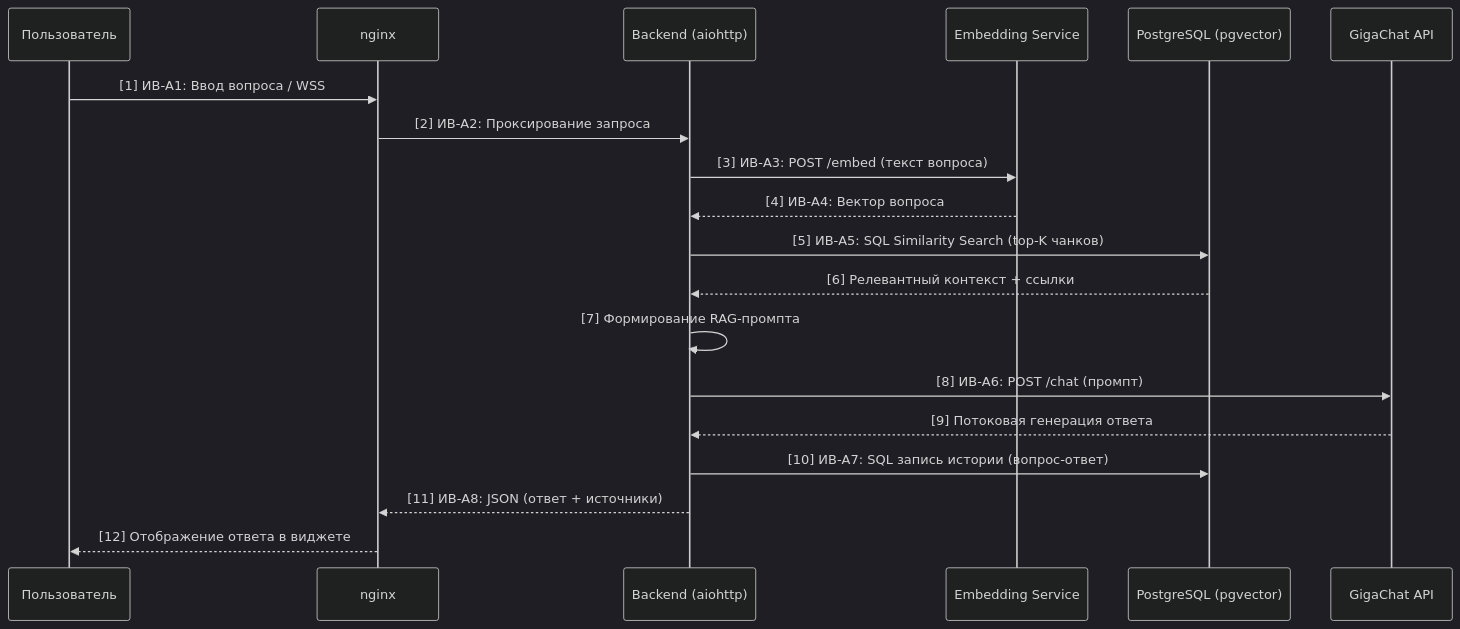
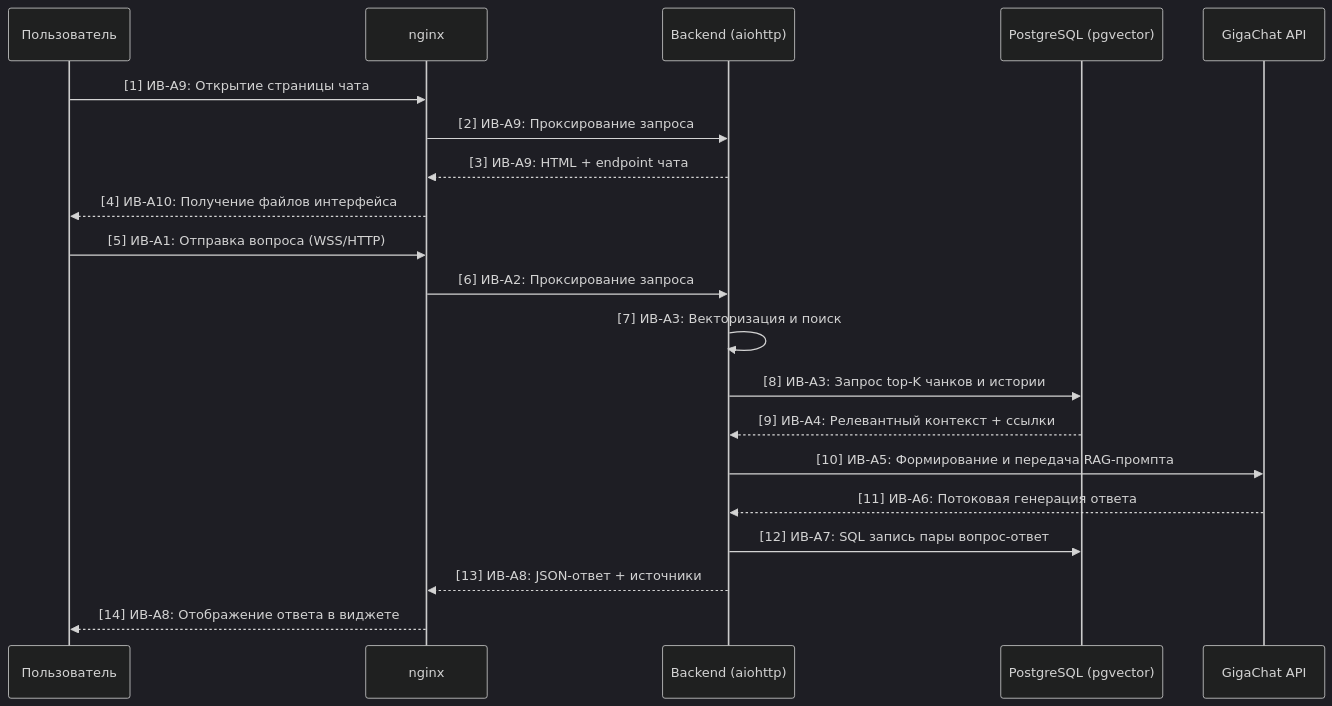
The fourth of 9 diagrams in docs/01_architecture_specification_comments.md (xen/vchat), drawn with Mermaid (dark theme) before and after one commit. The commit also changed other lines of this file and 6 other files, not shown here.

Commit message:
refactor: update architecture documentation for clarity and consistency

````diff
--- a/docs/01_architecture_specification_comments.md
+++ b/docs/01_architecture_specification_comments.md
@@ -150,22 +166,23 @@
 ```mermaid
 sequenceDiagram
     participant U as Пользователь
     participant N as nginx
     participant B as Backend (aiohttp)
-    participant E as Embedding Service
     participant P as PostgreSQL (pgvector)
     participant G as GigaChat API
 
-    U->>N: [1] ИВ-A1: Ввод вопроса / WSS
-    N->>B: [2] ИВ-A2: Проксирование запроса
-    B->>E: [3] ИВ-A3: POST /embed (текст вопроса)
-    E-->>B: [4] ИВ-A4: Вектор вопроса
-    B->>P: [5] ИВ-A5: SQL Similarity Search (top-K чанков)
-    P-->>B: [6] Релевантный контекст + ссылки
-    B->>B: [7] Формирование RAG-промпта
-    B->>G: [8] ИВ-A6: POST /chat (промпт)
-    G-->>B: [9] Потоковая генерация ответа
-    B->>P: [10] ИВ-A7: SQL запись истории (вопрос-ответ)
-    B-->>N: [11] ИВ-A8: JSON (ответ + источники)
-    N-->>U: [12] Отображение ответа в виджете
+    U->>N: [1] ИВ-A9: Открытие страницы чата
+    N->>B: [2] ИВ-A9: Проксирование запроса
+    B-->>N: [3] ИВ-A9: HTML + endpoint чата
+    N-->>U: [4] ИВ-A10: Получение файлов интерфейса
+    U->>N: [5] ИВ-A1: Отправка вопроса (WSS/HTTP)
+    N->>B: [6] ИВ-A2: Проксирование запроса
+    B->>B: [7] ИВ-A3: Векторизация и поиск
+    B->>P: [8] ИВ-A3: Запрос top-K чанков и истории
+    P-->>B: [9] ИВ-A4: Релевантный контекст + ссылки
+    B->>G: [10] ИВ-A5: Формирование и передача RAG-промпта
+    G-->>B: [11] ИВ-A6: Потоковая генерация ответа
+    B->>P: [12] ИВ-A7: SQL запись пары вопрос-ответ
+    B-->>N: [13] ИВ-A8: JSON-ответ + источники
+    N-->>U: [14] ИВ-A8: Отображение ответа в виджете
 ```
````
